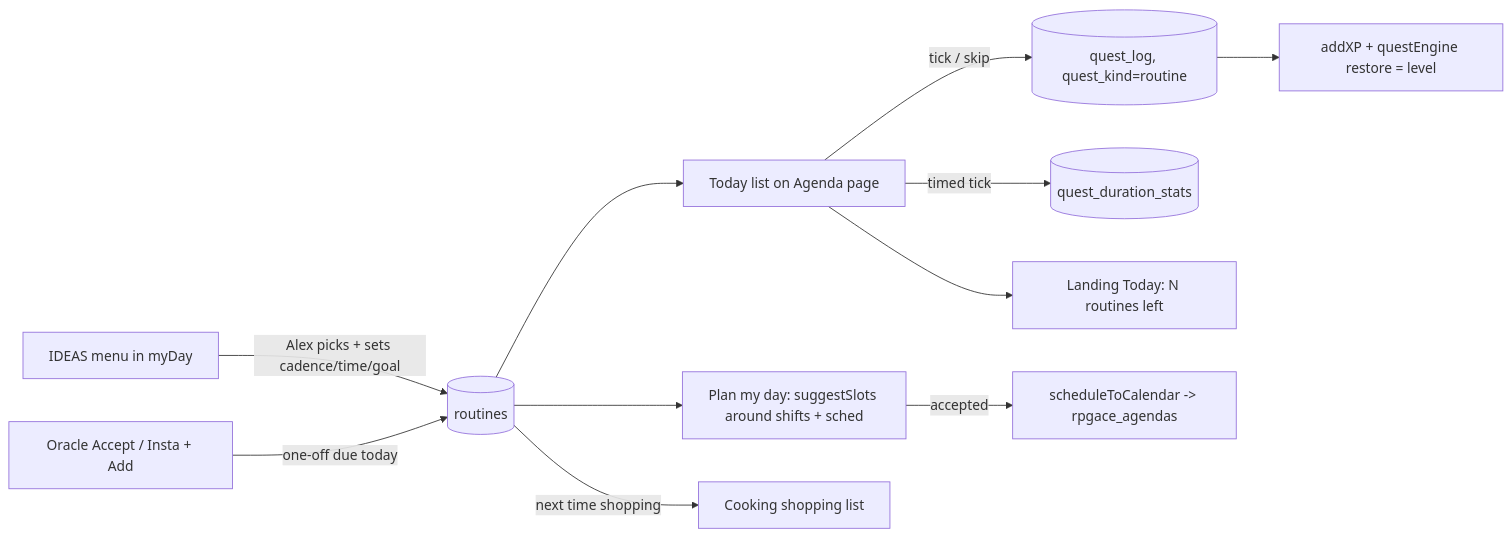
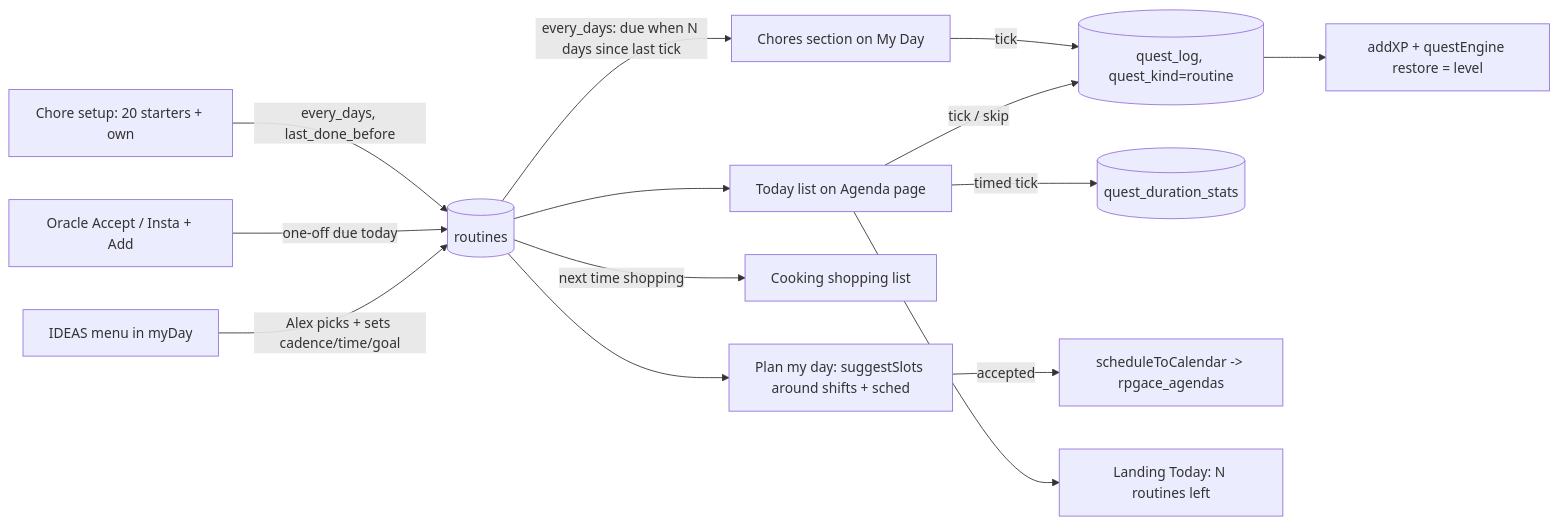
Diagram 16 of 19 in system_flow_map.md (acesanyabeats-web/RPGACE), drawn with Mermaid before and after one commit. The commit also changed 14 other files, not shown here.

First line of the commit message:
Chores: every N days from last done, Chores section, chore list setup (DT-3)

````diff
--- a/system_flow_map.md
+++ b/system_flow_map.md
@@ -654,13 +654,16 @@
 ```mermaid
 flowchart LR
   I[IDEAS menu in myDay] -->|Alex picks + sets cadence/time/goal| R[(routines)]
   R --> T[Today list on Agenda page]
   T -->|tick / skip| Q[(quest_log, quest_kind=routine)]
   Q --> X[addXP + questEngine restore = level]
   T -->|timed tick| D[(quest_duration_stats)]
   R --> P[Plan my day: suggestSlots around shifts + sched]
   P -->|accepted| S[scheduleToCalendar -> rpgace_agendas]
   O[Oracle Accept / Insta + Add] -->|one-off due today| R
   R -->|next time shopping| C[Cooking shopping list]
   T --> G[Landing Today: N routines left]
+  CH[Chore setup: 20 starters + own] -->|every_days, last_done_before| R
+  R -->|every_days: due when N days since last tick| CS[Chores section on My Day]
+  CS -->|tick| Q
 ```
````
